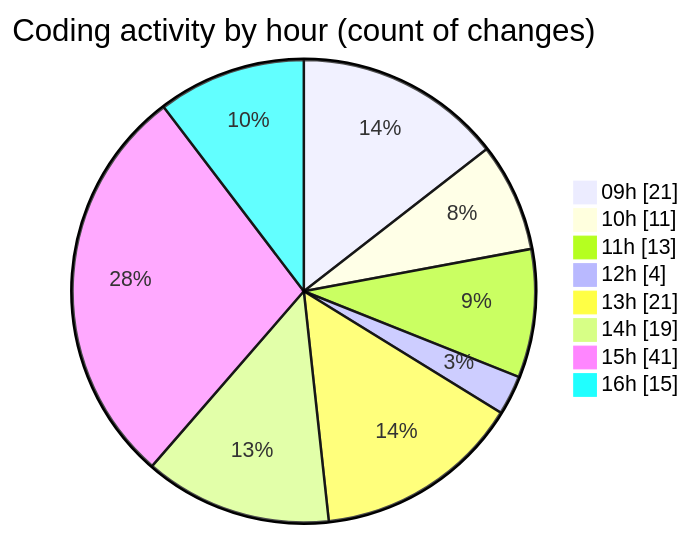
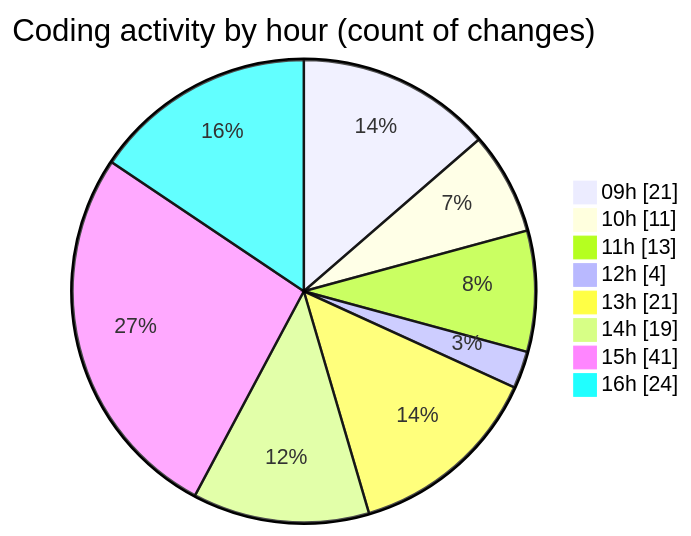
Before and after one commit to momahboobian/code-tracking: the second of 2 diagrams in 2026-06-01/cda/README.md, drawn with Mermaid. The commit also changed other lines of this file and 1 other file, not shown here.

````diff
--- a/2026-06-01/cda/README.md
+++ b/2026-06-01/cda/README.md
@@ -88,12 +88,12 @@
 ```mermaid
 pie showData
 title Coding activity by hour (count of changes)
 "09h" : 21
 "10h" : 11
 "11h" : 13
 "12h" : 4
 "13h" : 21
 "14h" : 19
 "15h" : 41
-"16h" : 15
+"16h" : 24
 ```
````
